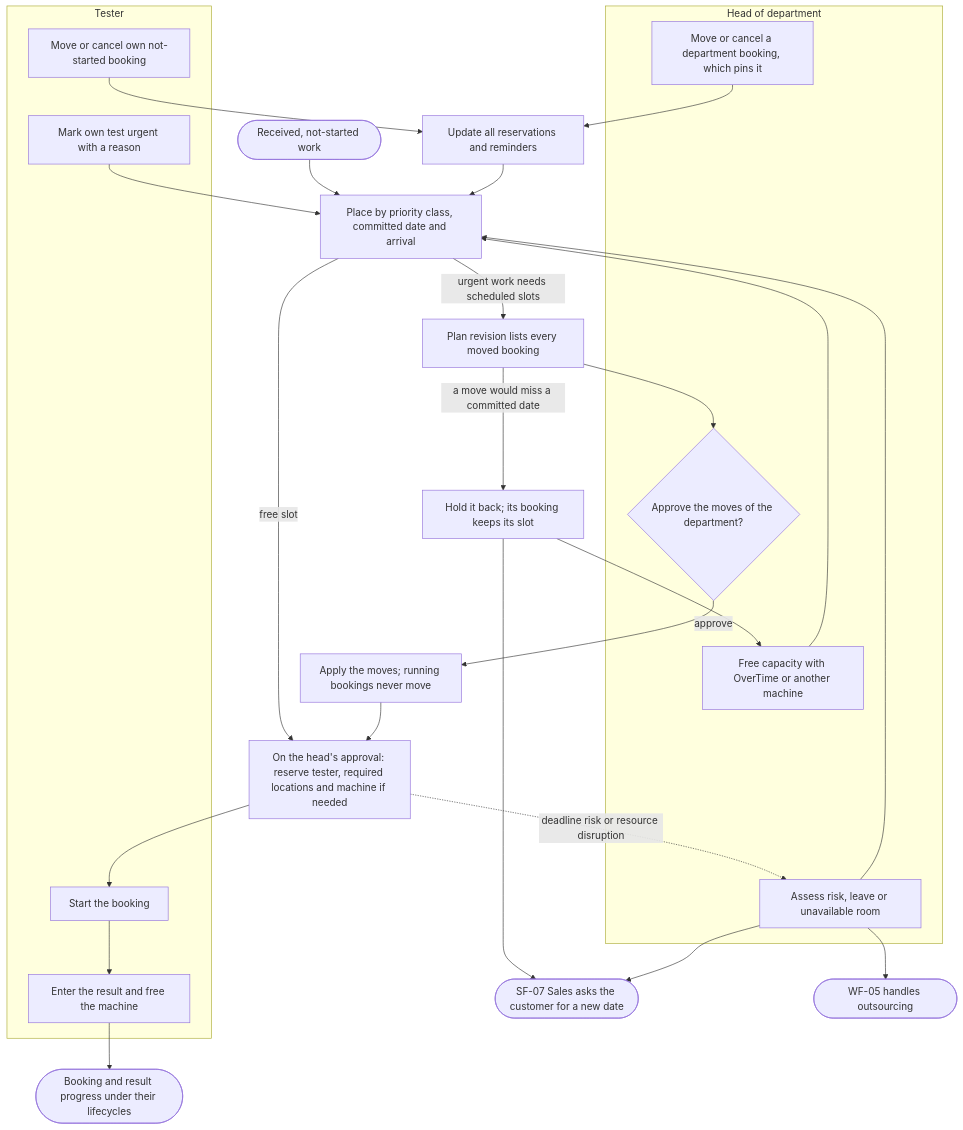
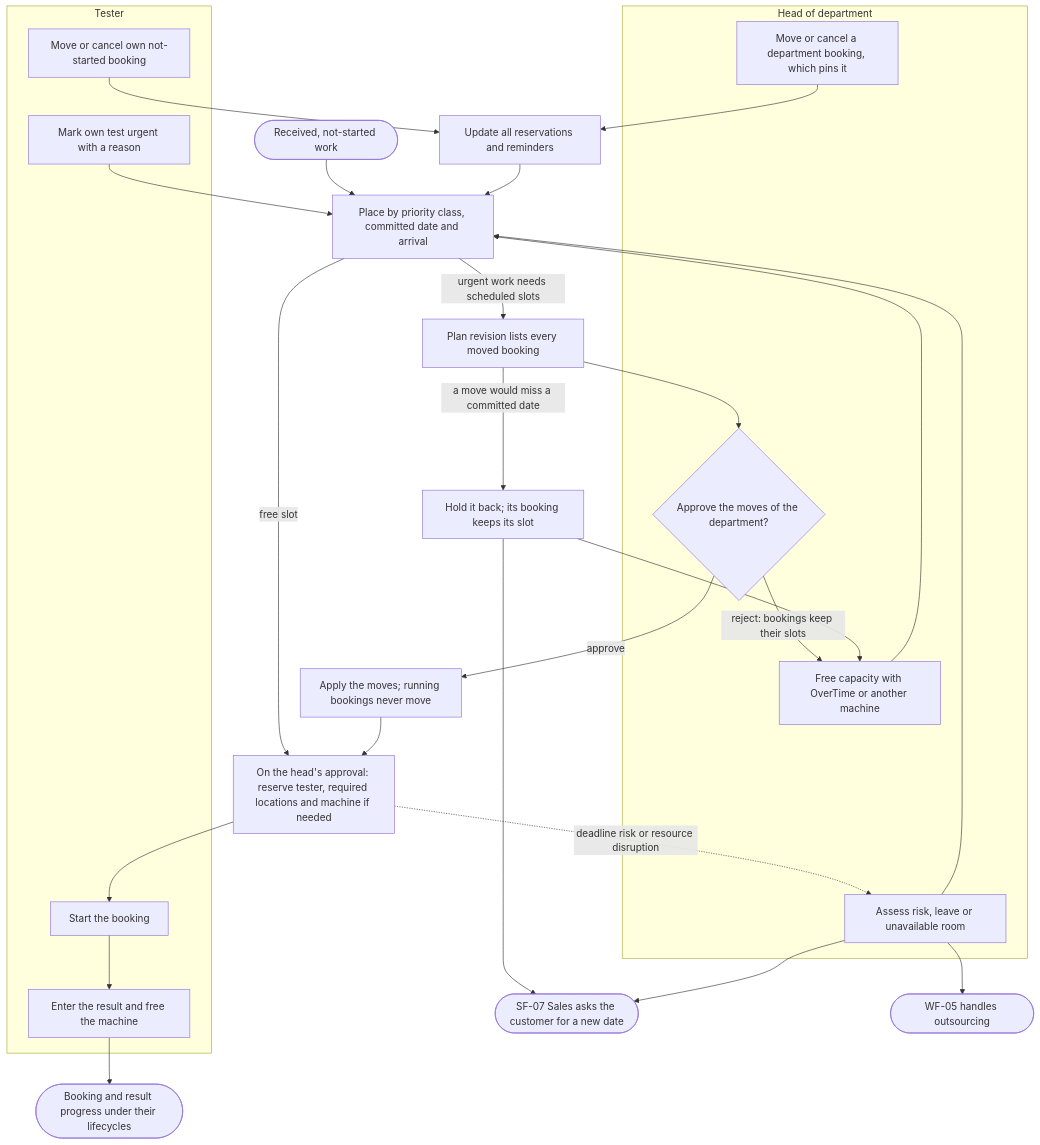
Diagram 16 of 17 in docs/functional/business-flows.md (SoltuneMontepre/medilab), drawn with Mermaid before and after one commit. The commit also changed other lines of this file and 11 other files, not shown here.

Commit message:
[docs] Send a dispatch at handover, keep bookings when a plan revision is rejected and let a report rejection withdraw result approvals

````diff
--- a/docs/functional/business-flows.md
+++ b/docs/functional/business-flows.md
@@ -740,31 +741,32 @@
 ```mermaid
 flowchart TD
     subgraph lane64 ["Tester"]
         t1[Start the booking] --> t2[Enter the result and free the machine]
         t3[Move or cancel own not-started booking]
         t4[Mark own test urgent with a reason]
     end
     subgraph lane65 ["Head of department"]
         h1[Move or cancel a department booking, which pins it]
         h2{Approve the moves of the department?}
         h4[Assess risk, leave or unavailable room]
         h5[Free capacity with OverTime or another machine]
     end
     q([Received, not-started work]) --> slot[Place by priority class, committed date and arrival]
     slot -->|free slot| schedule[On the head's approval: reserve tester, required locations and machine if needed]
     schedule --> t1
     t2 --> done([Booking and result progress under their lifecycles])
     t3 --> sync[Update all reservations and reminders] --> slot
     h1 --> sync
     t4 --> slot
     slot -->|urgent work needs scheduled slots| revision[Plan revision lists every moved booking]
     revision --> h2
     h2 -->|approve| apply[Apply the moves; running bookings never move] --> schedule
+    h2 -->|reject: bookings keep their slots| h5
     revision -->|a move would miss a committed date| held[Hold it back; its booking keeps its slot]
     held --> date([SF-07 Sales asks the customer for a new date])
     held --> h5 --> slot
     schedule -.->|deadline risk or resource disruption| h4
     h4 --> slot
     h4 --> date
     h4 --> outsource([WF-05 handles outsourcing])
 ```
````
